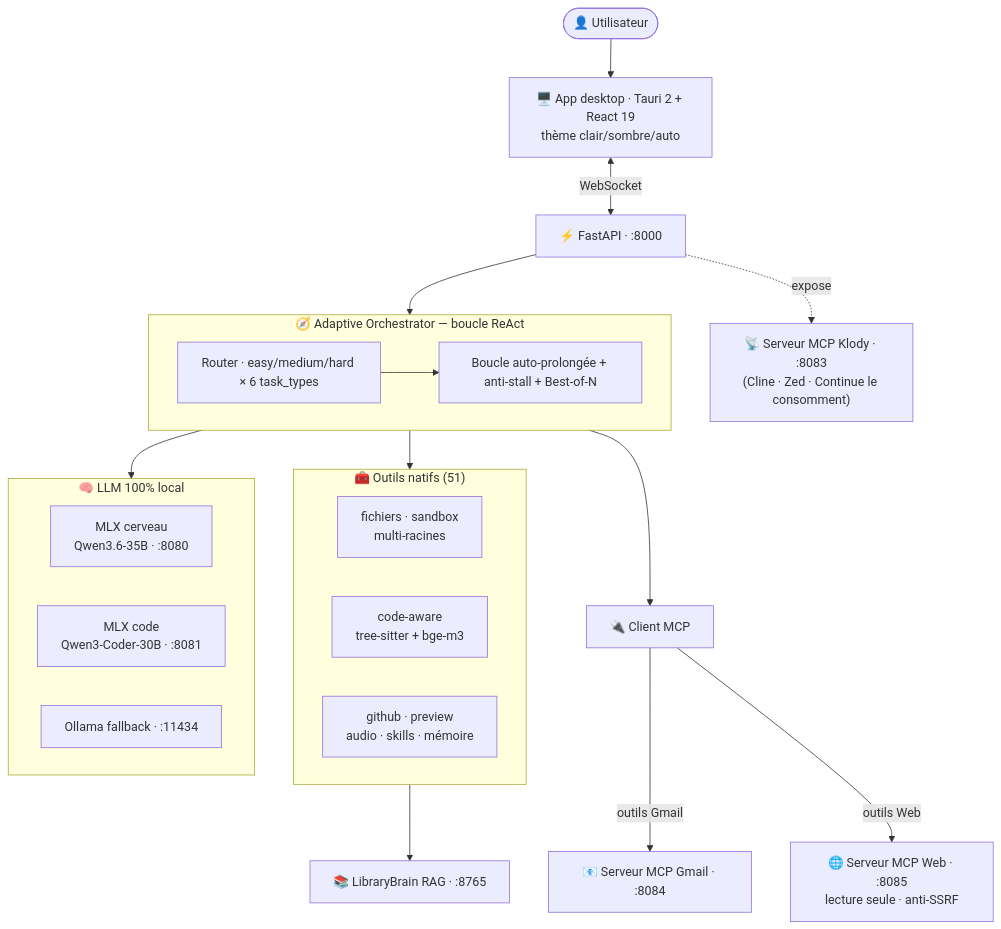
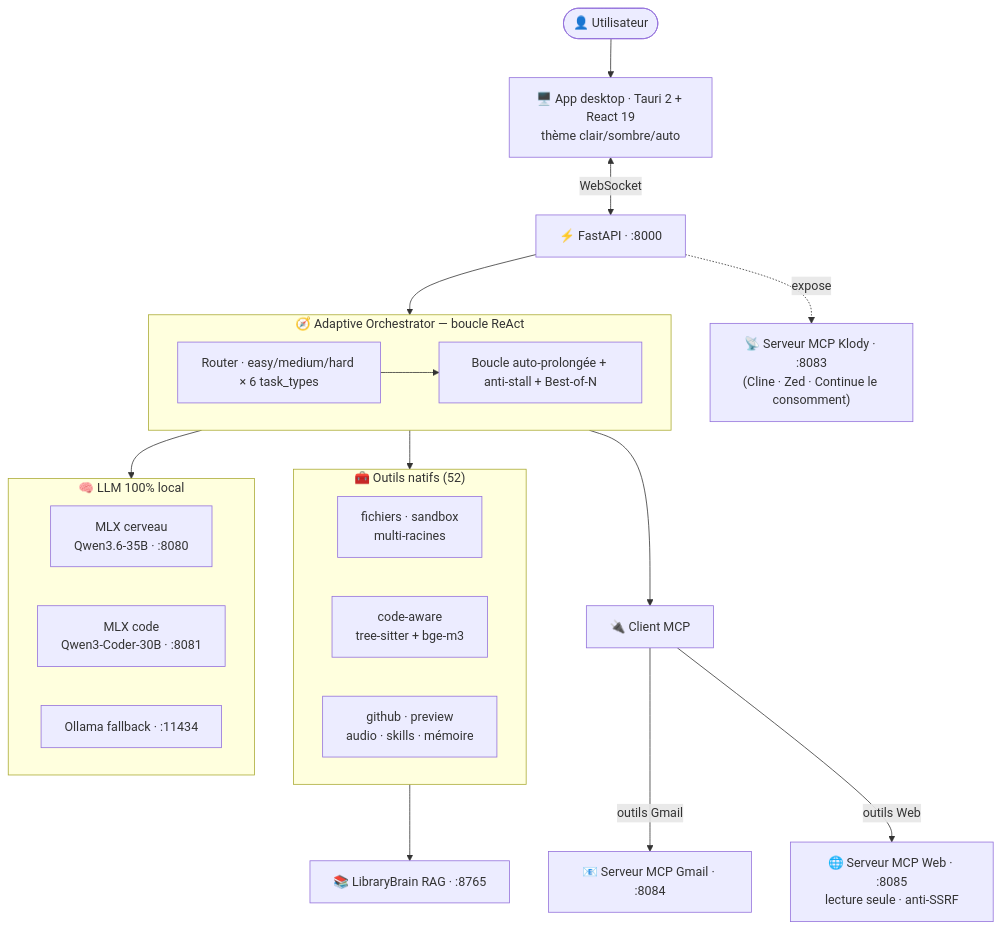
One commit to klodynlov/klody-code-ai changed the diagram in README.md. Above: the diagram before and after it, drawn with Mermaid. The commit also changed other lines of this file and 5 other files, not shown here.

````diff
--- a/README.md
+++ b/README.md
@@ -50,36 +50,36 @@
 ```mermaid
 flowchart TD
     U([👤 Utilisateur]) --> UI["🖥️ App desktop · Tauri 2 + React 19<br/>thème clair/sombre/auto"]
     UI <-->|WebSocket| API["⚡ FastAPI · :8000"]
     API --> ORCH
 
     subgraph ORCH["🧭 Adaptive Orchestrator — boucle ReAct"]
         R["Router · easy/medium/hard × 6 task_types"]
         L["Boucle auto-prolongée + anti-stall + Best-of-N"]
         R --> L
     end
 
     ORCH --> TOOLS
     ORCH --> MCPC["🔌 Client MCP"]
     ORCH --> LLM
 
-    subgraph TOOLS["🧰 Outils natifs (51)"]
+    subgraph TOOLS["🧰 Outils natifs (52)"]
         direction LR
         T1["fichiers · sandbox<br/>multi-racines"]
         T2["code-aware<br/>tree-sitter + bge-m3"]
         T3["github · preview<br/>audio · skills · mémoire"]
     end
 
     MCPC -->|outils Gmail| GM["📧 Serveur MCP Gmail · :8084"]
     MCPC -->|outils Web| WB["🌐 Serveur MCP Web · :8085<br/>lecture seule · anti-SSRF"]
 
     subgraph LLM["🧠 LLM 100% local"]
         direction LR
         B["MLX cerveau<br/>Qwen3.6-35B · :8080"]
         C["MLX code<br/>Qwen3-Coder-30B · :8081"]
         O["Ollama fallback · :11434"]
     end
 
     TOOLS --> RAG["📚 LibraryBrain RAG · :8765"]
     API -.expose.-> MCPS["📡 Serveur MCP Klody · :8083<br/>(Cline · Zed · Continue le consomment)"]
 ```
````
